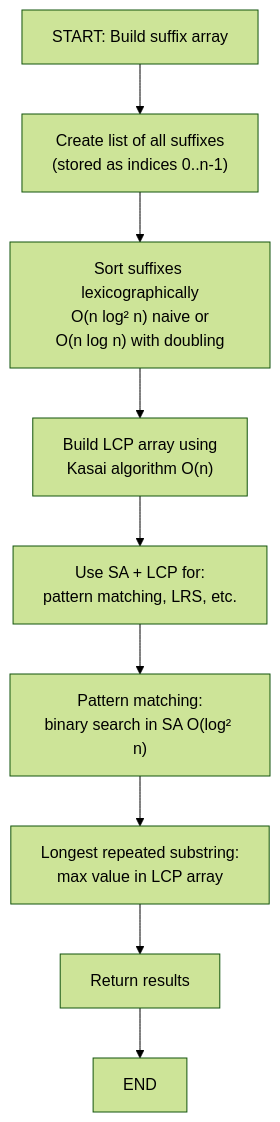
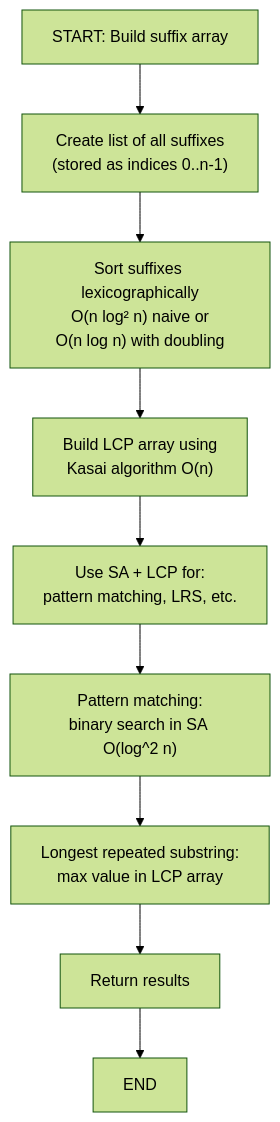
One commit to souradeepta/interviewprep changed diagram 28 of 41 in docs/algorithms/advanced/advanced_algorithms.md. Above: the diagram before and after it, drawn with Mermaid (forest theme). The commit also changed other lines of this file, not shown here.

Commit message:
fix: replace Unicode superscript characters with ASCII equivalents in Mermaid flowchart

````diff
--- a/docs/algorithms/advanced/advanced_algorithms.md
+++ b/docs/algorithms/advanced/advanced_algorithms.md
@@ -1447,11 +1447,11 @@
 ```mermaid
 flowchart TD
     A["START: Build suffix array"] --> B["Create list of all suffixes<br/>(stored as indices 0..n-1)"]
     B --> C["Sort suffixes lexicographically<br/>O(n log² n) naive or<br/>O(n log n) with doubling"]
     C --> D["Build LCP array using<br/>Kasai algorithm O(n)"]
     D --> E["Use SA + LCP for:<br/>pattern matching, LRS, etc."]
-    E --> F["Pattern matching:<br/>binary search in SA O(log² n)"]
+    E --> F["Pattern matching:<br/>binary search in SA O(log^2 n)"]
     F --> G["Longest repeated substring:<br/>max value in LCP array"]
     G --> H["Return results"]
     H --> I["END"]
 ```
````
